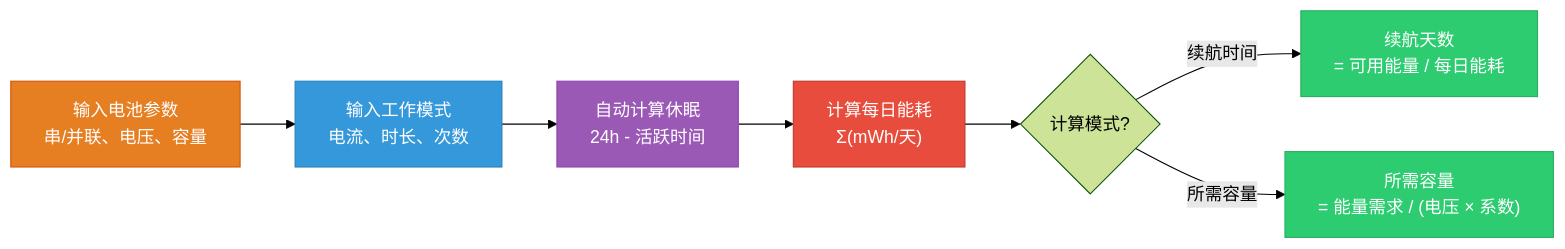
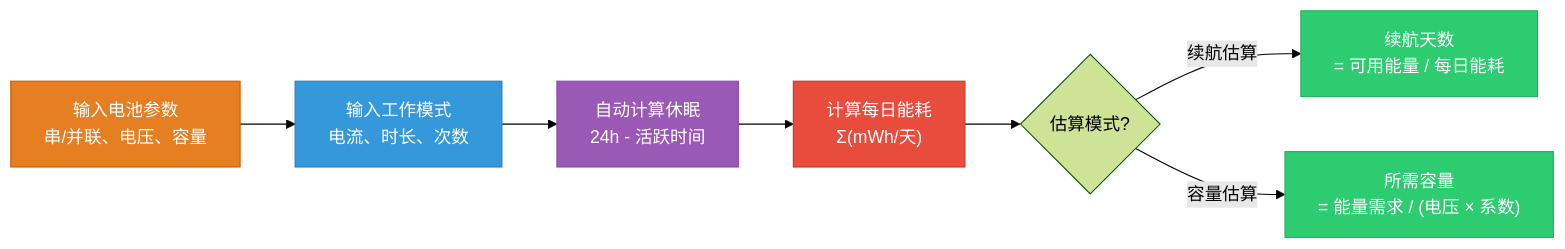
One commit to stark1898y/Power-Consumption-Calculator changed the sixth of 6 diagrams in blog/PowerConsume 功耗计算器 — 嵌入式设备电池续航计算完全指南.md. Above: the diagram before and after it, drawn with Mermaid (forest theme). The commit also changed other lines of this file and 8 other files, not shown here.

````diff
--- a/blog/PowerConsume 功耗计算器 — 嵌入式设备电池续航计算完全指南.md
+++ b/blog/PowerConsume 功耗计算器 — 嵌入式设备电池续航计算完全指南.md
@@ -588,16 +607,16 @@
 ```mermaid
 graph LR
     A["输入电池参数<br/>串/并联、电压、容量"] --> B["输入工作模式<br/>电流、时长、次数"]
     B --> C["自动计算休眠<br/>24h - 活跃时间"]
     C --> D["计算每日能耗<br/>Σ(mWh/天)"]
-    D --> E{计算模式?}
-    E -->|"续航时间"| F["续航天数<br/>= 可用能量 / 每日能耗"]
-    E -->|"所需容量"| G["所需容量<br/>= 能量需求 / (电压 × 系数)"]
+    D --> E{估算模式?}
+    E -->|"续航估算"| F["续航天数<br/>= 可用能量 / 每日能耗"]
+    E -->|"容量估算"| G["所需容量<br/>= 能量需求 / (电压 × 系数)"]
 
     style A fill:#e67e22,stroke:#d35400,color:white
     style B fill:#3498db,stroke:#2980b9,color:white
     style C fill:#9b59b6,stroke:#8e44ad,color:white
     style D fill:#e74c3c,stroke:#c0392b,color:white
     style F fill:#2ecc71,stroke:#27ae60,color:white
     style G fill:#2ecc71,stroke:#27ae60,color:white
 ```
````
